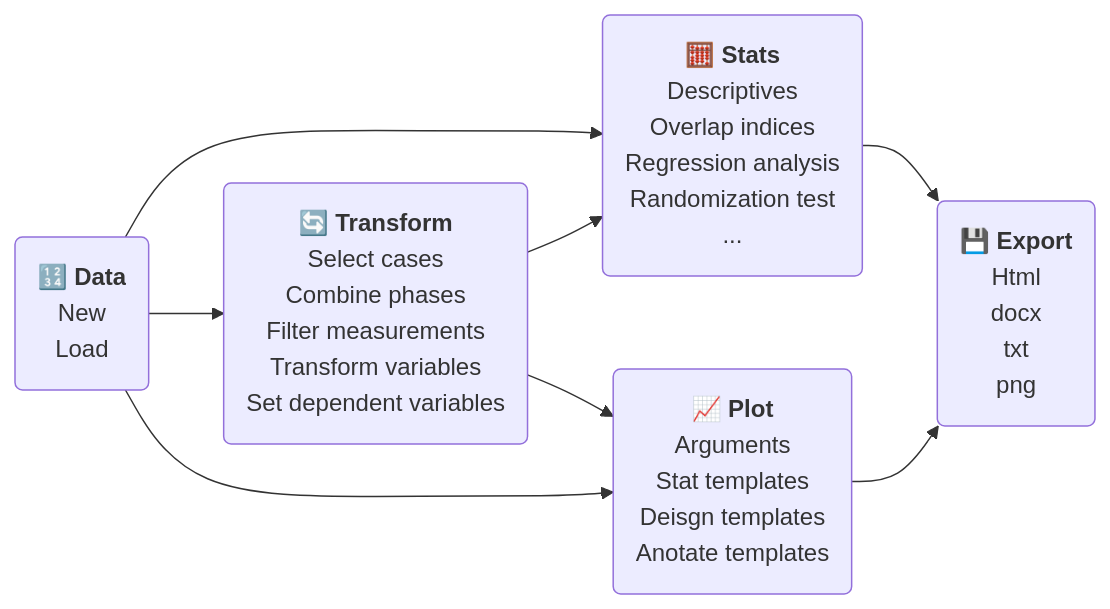
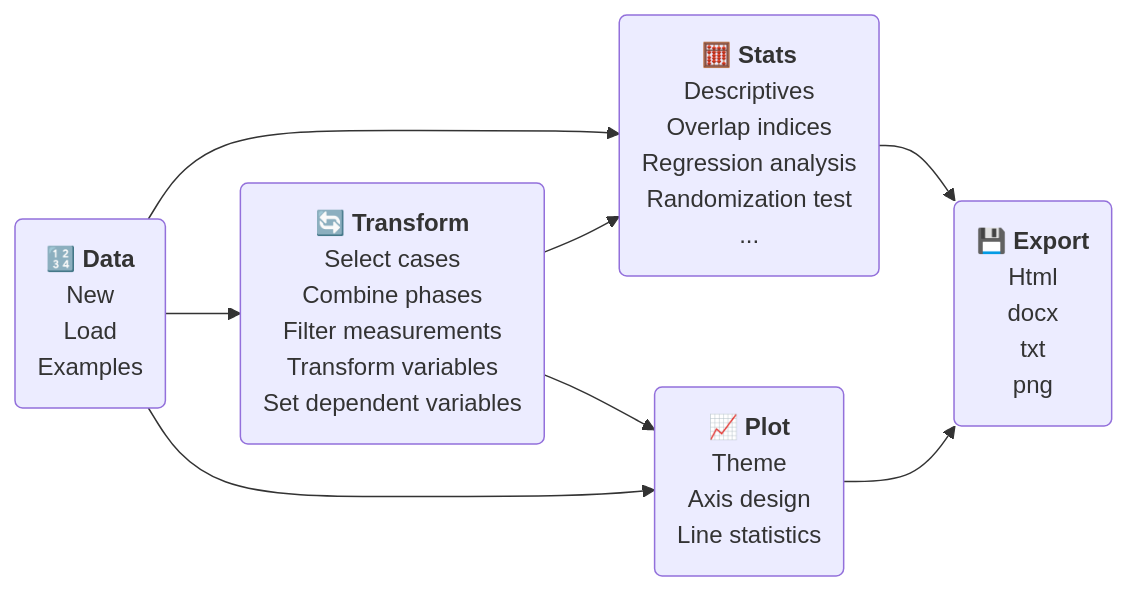
Before and after one commit to jazznbass/scan-Book: the diagram in ch_shinyscan.qmd, drawn with Mermaid. The commit also changed other lines of this file and 39 other files, not shown here.

````diff
--- a/ch_shinyscan.qmd
+++ b/ch_shinyscan.qmd
@@ -34,36 +34,36 @@
 ```{mermaid}
 %%| echo: false
 %%| fig-cap: Menues and options
 flowchart LR
 A("`🔢 **Data**
 New
-Load`") --> B("`🧮 **Stats**
+Load
+Examples`") --> B("`🧮 **Stats**
 Descriptives
 Overlap indices
 Regression analysis
 Randomization test
 ...
 `")
 A --> T("`🔄 **Transform**
 Select cases
 Combine phases
 Filter measurements
 Transform variables
 Set dependent variables`")
 T --> B
 T --> C
 A --> C("`📈 **Plot**
-Arguments
-Stat templates
-Deisgn templates
-Anotate templates
+Theme 
+Axis design
+Line statistics
 `")
 B --> Ex("`💾 **Export**
 Html
 docx
 txt
 png
 `")
 C --> Ex
 
 ```
````
